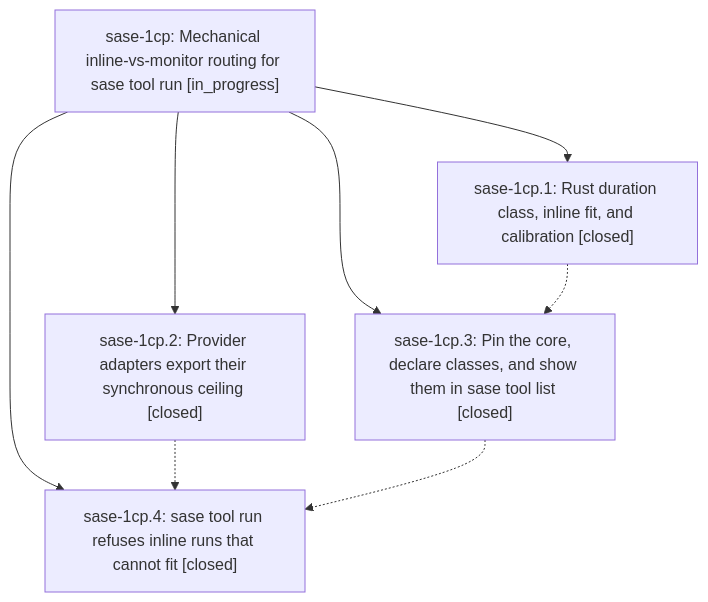
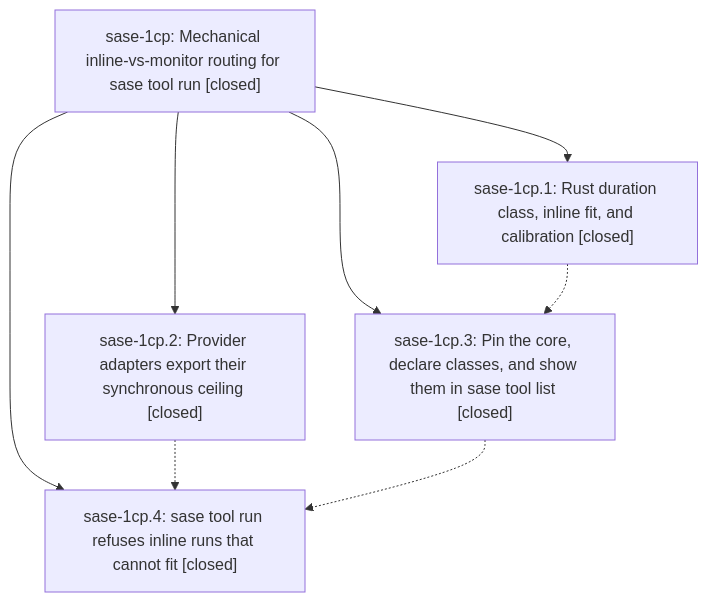
The diagram in pages/sase-1cp/README.md (sase-org/sase--beads), drawn with Mermaid before and after one commit. The commit also changed other lines of this file and 3 other files, not shown here.

````diff
--- a/pages/sase-1cp/README.md
+++ b/pages/sase-1cp/README.md
@@ -25,15 +35,15 @@
 ```mermaid
 flowchart TD
-    n0["sase-1cp: Mechanical inline-vs-monitor routing for sase tool run [in_progress]"]
+    n0["sase-1cp: Mechanical inline-vs-monitor routing for sase tool run [closed]"]
     n1["sase-1cp.1: Rust duration class, inline fit, and calibration [closed]"]
     n2["sase-1cp.2: Provider adapters export their synchronous ceiling [closed]"]
     n3["sase-1cp.3: Pin the core, declare classes, and show them in sase tool list [closed]"]
     n4["sase-1cp.4: sase tool run refuses inline runs that cannot fit [closed]"]
     n0 --> n1
     n0 --> n2
     n0 --> n3
     n0 --> n4
     n1 -.-> n3
     n2 -.-> n4
     n3 -.-> n4
 ```
````
